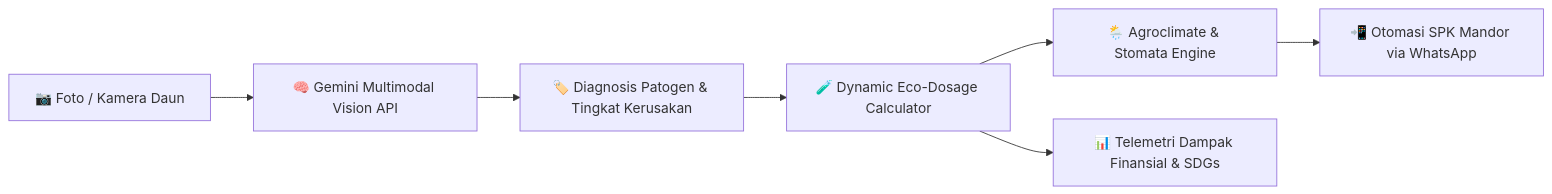
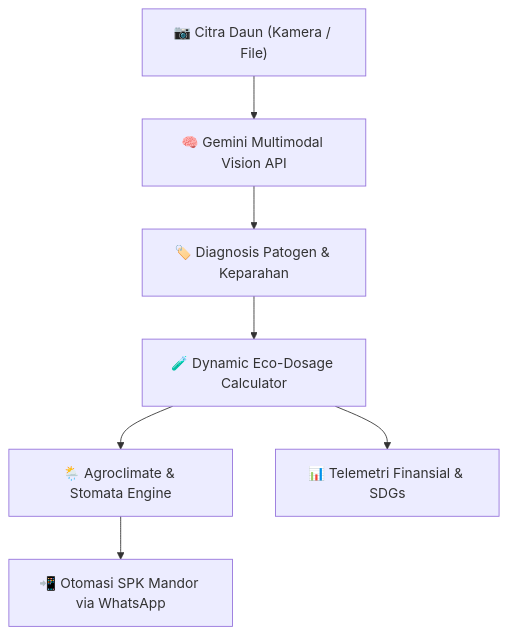
Before and after one commit to 0MacroForge8/TaniPresisi: the diagram in README.md, drawn with Mermaid.

Commit message:
fix(docs): fix Mermaid diagram syntax by quoting node labels for GitHub renderer

````diff
--- a/README.md
+++ b/README.md
@@ -22,9 +22,9 @@
 ```mermaid
-flowchart LR
-    A[📷 Foto / Kamera Daun] --> B[🧠 Gemini Multimodal Vision API]
-    B --> C[🏷️ Diagnosis Patogen & Tingkat Kerusakan]
-    C --> D[🧪 Dynamic Eco-Dosage Calculator]
-    D --> E[🌦️ Agroclimate & Stomata Engine]
-    E --> F[📲 Otomasi SPK Mandor via WhatsApp]
-    D --> G[📊 Telemetri Dampak Finansial & SDGs]
+flowchart TD
+    A["📷 Citra Daun (Kamera / File)"] --> B["🧠 Gemini Multimodal Vision API"]
+    B --> C["🏷️ Diagnosis Patogen & Keparahan"]
+    C --> D["🧪 Dynamic Eco-Dosage Calculator"]
+    D --> E["🌦️ Agroclimate & Stomata Engine"]
+    E --> F["📲 Otomasi SPK Mandor via WhatsApp"]
+    D --> G["📊 Telemetri Finansial & SDGs"]
 ```
````
